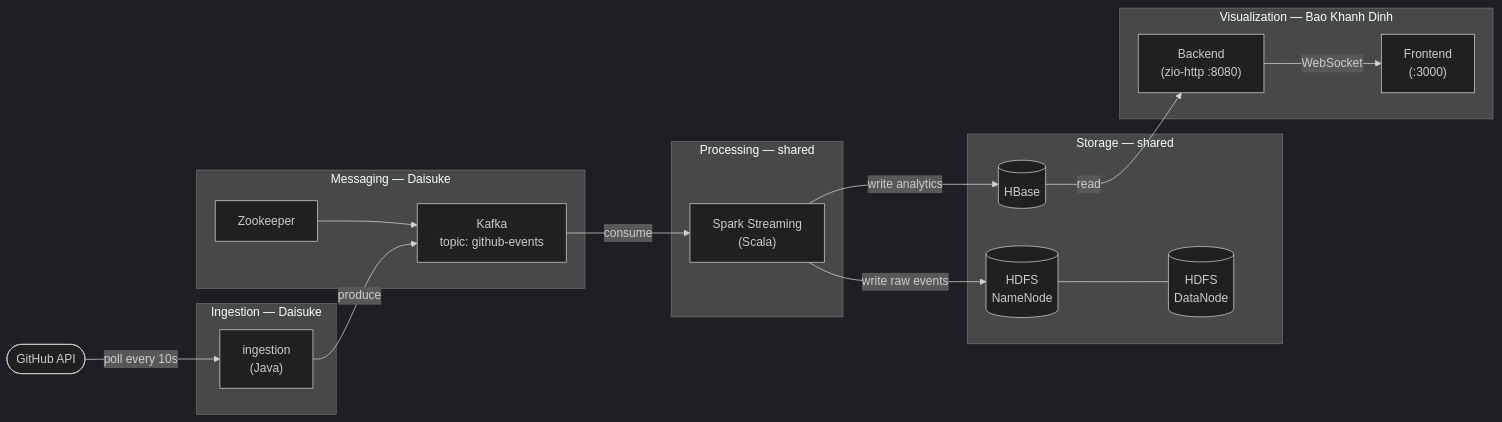
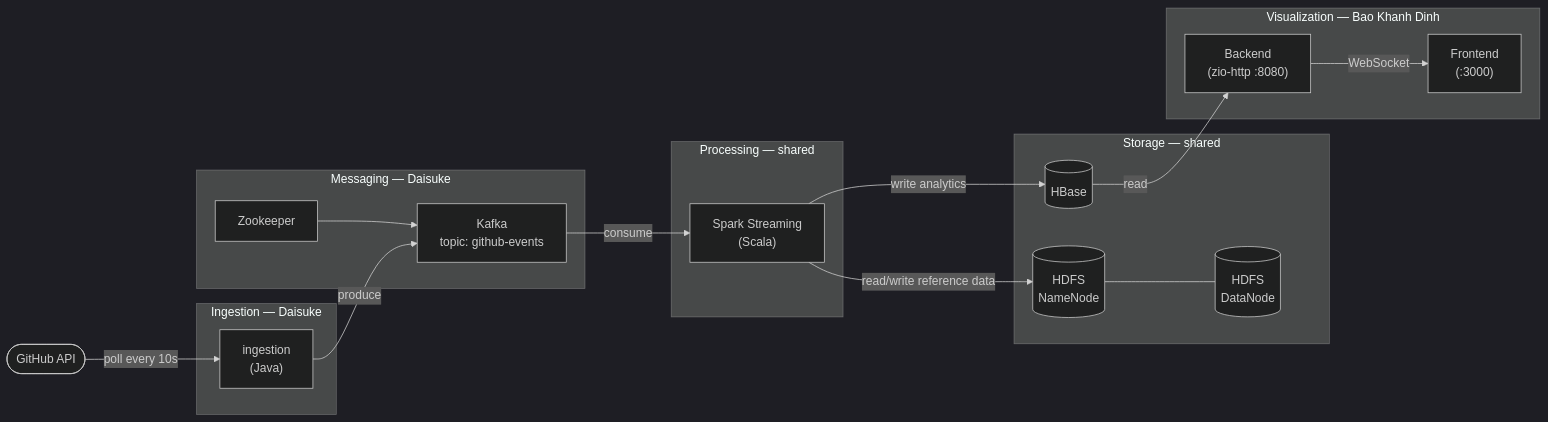
Before and after one commit to Daisuke-lab/BDT_final_project: the diagram in README.md, drawn with Mermaid (dark theme).

````diff
--- a/README.md
+++ b/README.md
@@ -18,38 +18,38 @@
 ```mermaid
 flowchart LR
     GH(["GitHub API"])
 
     subgraph Ingestion["Ingestion — Daisuke"]
         ING["ingestion\n(Java)"]
     end
 
     subgraph Messaging["Messaging — Daisuke"]
         ZK["Zookeeper"]
         KF["Kafka\ntopic: github-events"]
         ZK --> KF
     end
 
     subgraph Processing["Processing — shared"]
         SS["Spark Streaming\n(Scala)"]
     end
 
     subgraph Storage["Storage — shared"]
         HB[("HBase")]
         NN[("HDFS\nNameNode")]
         DN[("HDFS\nDataNode")]
         NN --- DN
     end
 
     subgraph Visualization["Visualization — Bao Khanh Dinh"]
         BE["Backend\n(zio-http :8080)"]
         FE["Frontend\n(:3000)"]
         BE -->|"WebSocket"| FE
     end
 
     GH -->|"poll every 10s"| ING
     ING -->|"produce"| KF
     KF -->|"consume"| SS
     SS -->|"write analytics"| HB
-    SS -->|"write raw events"| NN
+    SS -->|"read/write reference data"| NN
     HB -->|"read"| BE
 ```
````
